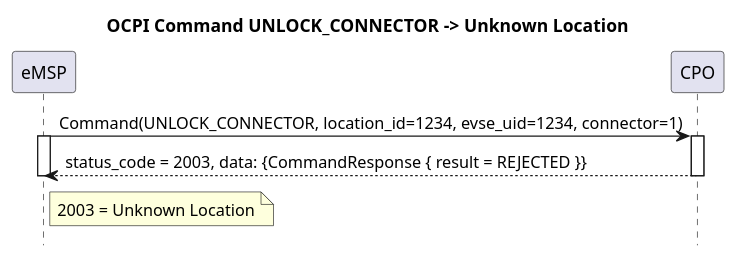
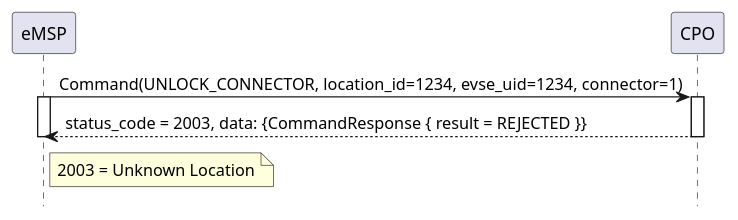
Before and after one commit to ocpi/ocpi: the diagram in plantuml/command_unlock_unknow_location.plantuml, drawn with PlantUML. The commit also changed 15 other files, not shown here.

```diff
--- a/plantuml/command_unlock_unknow_location.plantuml
+++ b/plantuml/command_unlock_unknow_location.plantuml
@@ -1,20 +1,19 @@
 @startuml
-title OCPI Command UNLOCK_CONNECTOR -> Unknown Location
 hide footbox
 
 participant eMSP
 participant CPO
 
 
 eMSP ->  CPO:  Command(UNLOCK_CONNECTOR, location_id=1234, evse_uid=1234, connector=1)
 activate eMSP
 activate CPO
 CPO  --> eMSP: status_code = 2003, data: {CommandResponse { result = REJECTED }}
 
 note right of eMSP
 2003 = Unknown Location
 end note
 
 deactivate CPO
 deactivate eMSP
 @enduml
```
